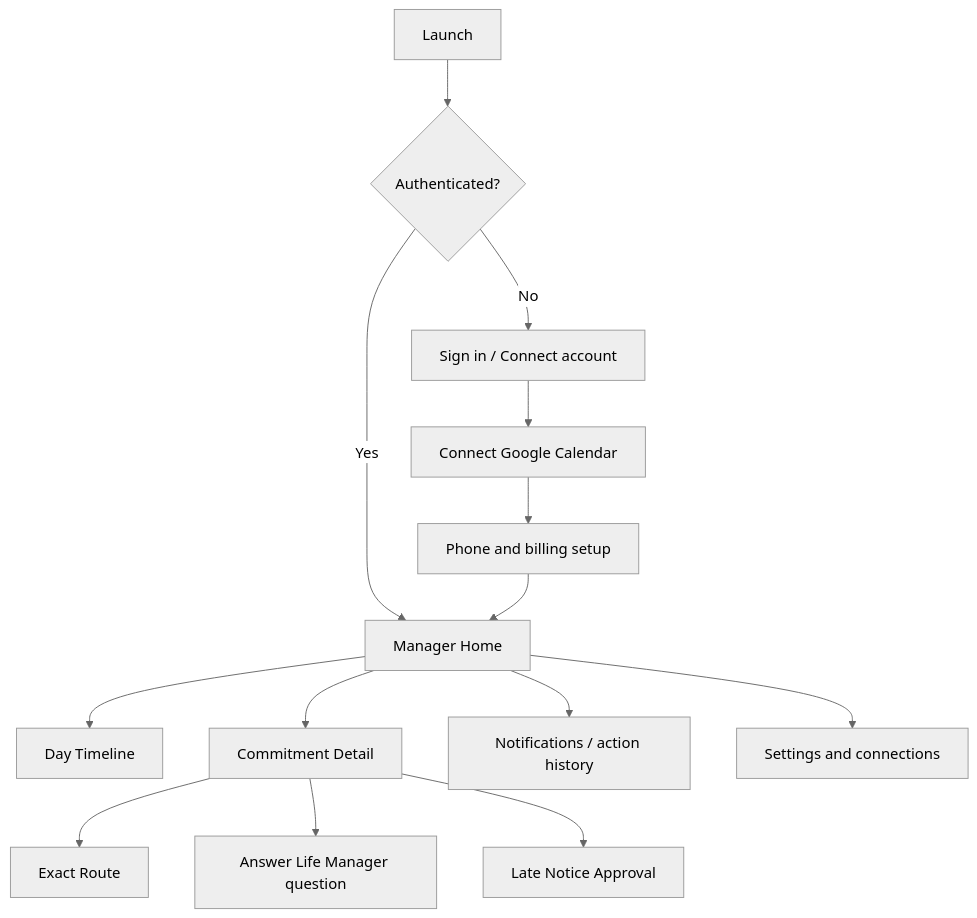
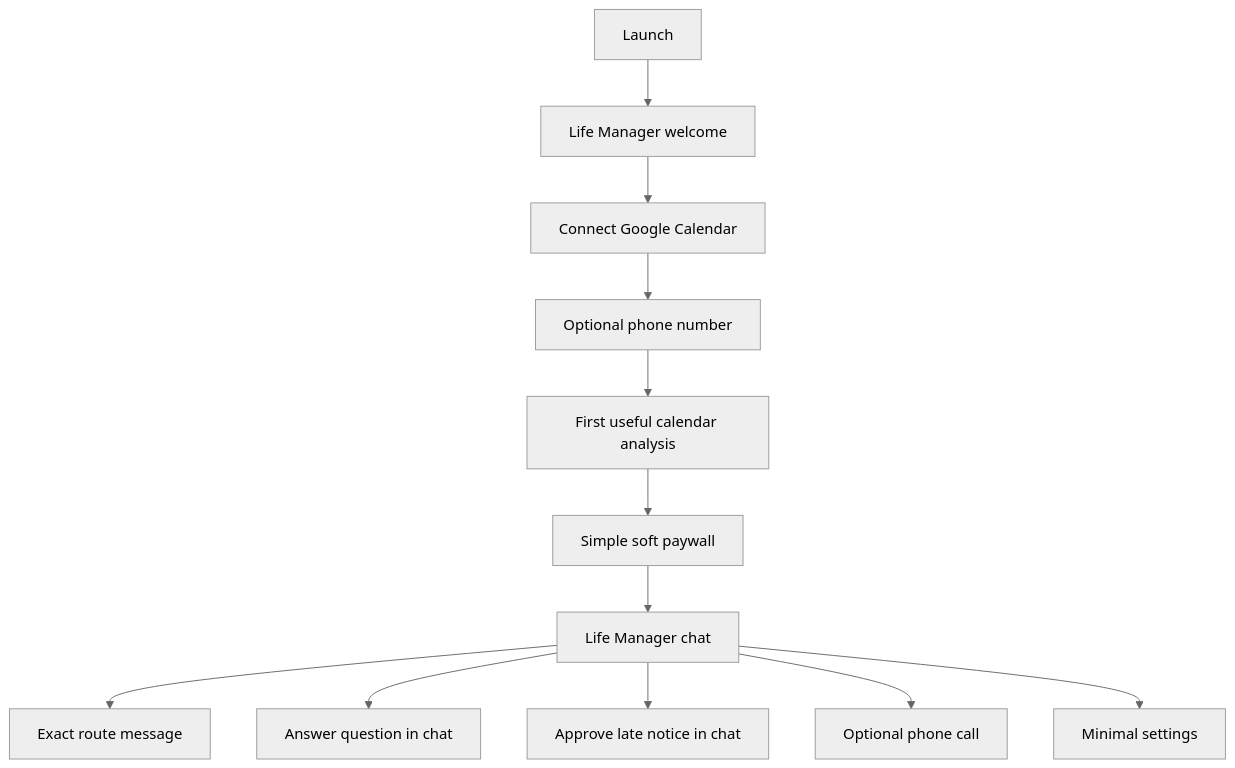
The second of 2 diagrams in docs/superpowers/specs/2026-08-08-life-manager-ios-spec.md (Daisuke134/anicca), drawn with Mermaid (neutral theme) before and after one commit. The commit also changed other lines of this file, not shown here.

Commit message:
Simplify Life Manager iOS to chat-first free experience

````diff
--- a/docs/superpowers/specs/2026-08-08-life-manager-ios-spec.md
+++ b/docs/superpowers/specs/2026-08-08-life-manager-ios-spec.md
@@ -126,16 +118,14 @@
 ```mermaid
 flowchart TD
-    S[Launch] --> A{Authenticated?}
-    A -->|No| O[Sign in / Connect account]
-    A -->|Yes| H[Manager Home]
+    S[Launch] --> O[Life Manager welcome]
     O --> C[Connect Google Calendar]
-    C --> P[Phone and billing setup]
-    P --> H
-    H --> T[Day Timeline]
-    H --> E[Commitment Detail]
-    E --> R[Exact Route]
-    E --> Q[Answer Life Manager question]
-    E --> L[Late Notice Approval]
-    H --> N[Notifications / action history]
-    H --> G[Settings and connections]
+    C --> P[Optional phone number]
+    P --> W[First useful calendar analysis]
+    W --> Pay[Simple soft paywall]
+    Pay --> Chat[Life Manager chat]
+    Chat --> R[Exact route message]
+    Chat --> Q[Answer question in chat]
+    Chat --> L[Approve late notice in chat]
+    Chat --> Call[Optional phone call]
+    Chat --> Settings[Minimal settings]
 ```
````
